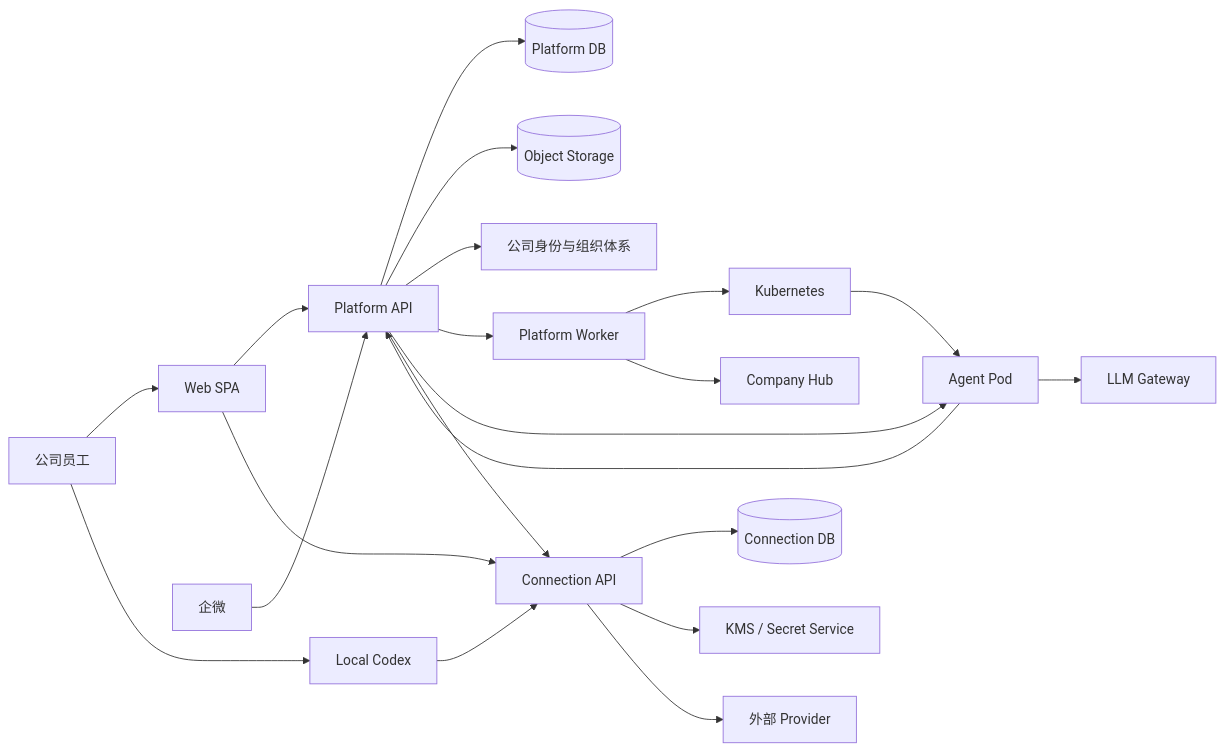
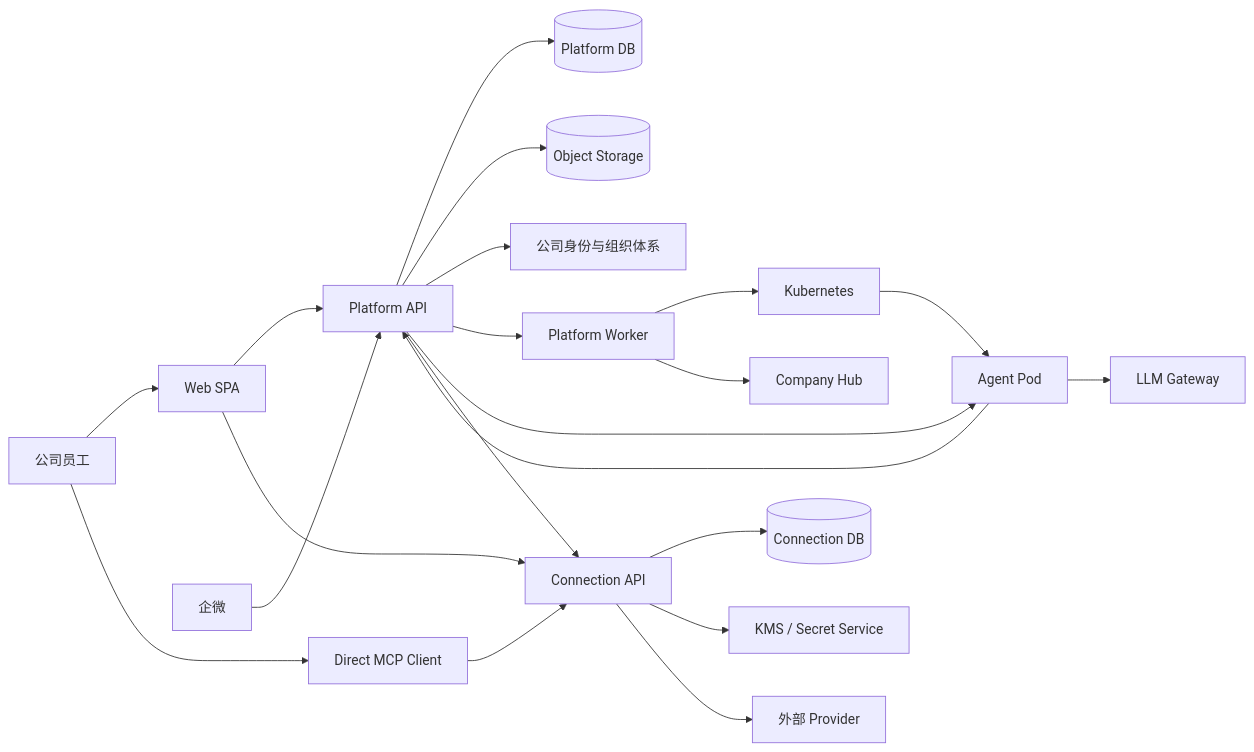
One commit to AgoraIO-Extensions/agent-infra changed the first of 3 diagrams in docs/architecture/SPEC-agent-infra-M1-engineering-architecture.md. Above: the diagram before and after it, drawn with Mermaid. The commit also changed other lines of this file and 2 other files, not shown here.

Commit message:
docs: generalize direct MCP consumers

````diff
--- a/docs/architecture/SPEC-agent-infra-M1-engineering-architecture.md
+++ b/docs/architecture/SPEC-agent-infra-M1-engineering-architecture.md
@@ -82,27 +82,27 @@
 ```mermaid
 flowchart LR
     U[公司员工] --> W[Web SPA]
-    U --> LC[Local Codex]
+    U --> MC[Direct MCP Client]
     QW[企微] --> PA[Platform API]
     W --> PA
     W --> CA[Connection API]
-    LC --> CA
+    MC --> CA
 
     PA --> PD[(Platform DB)]
     PA --> OS[(Object Storage)]
     PA --> IDP[公司身份与组织体系]
     PA --> PW[Platform Worker]
 
     PW --> K8S[Kubernetes]
     K8S --> AP[Agent Pod]
     PA --> AP
 
     AP --> PA
     PA --> CA
     CA --> CD[(Connection DB)]
     CA --> KMS[KMS / Secret Service]
     CA --> EXT[外部 Provider]
 
     AP --> LLM[LLM Gateway]
     PW --> HUB[Company Hub]
 ```
````
